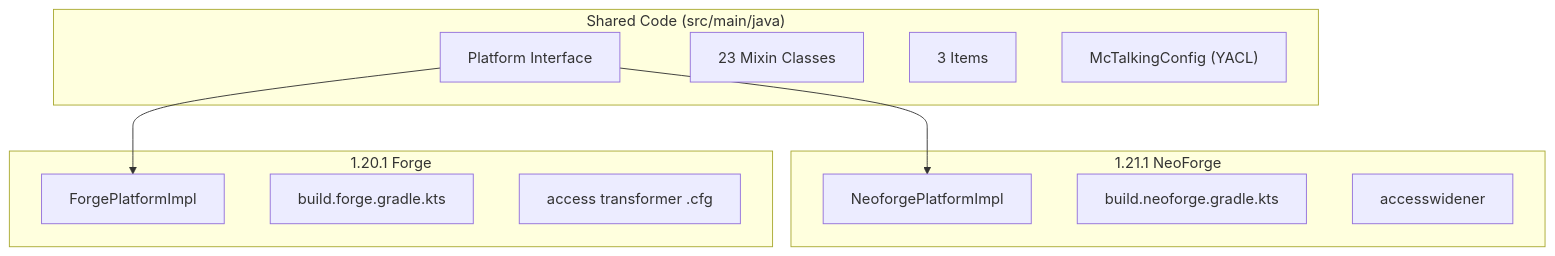
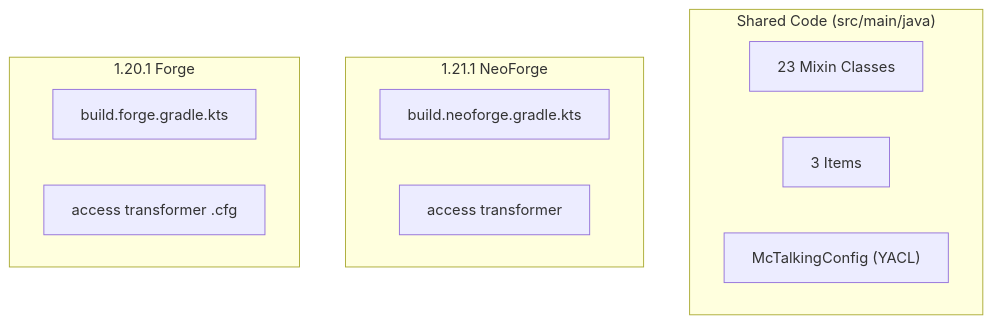
The second of 2 diagrams in docs/architecture/index.md (sshcrack/talking-colonists), drawn with Mermaid before and after one commit. The commit also changed other lines of this file and 21 other files, not shown here.

First line of the commit message:
docs: remove platform interface references, fix tool counts, clean up diagrams

````diff
--- a/docs/architecture/index.md
+++ b/docs/architecture/index.md
@@ -45,24 +45,18 @@
 ```mermaid
 flowchart TD
  subgraph Shared["Shared Code (src/main/java)"]
- Platform["Platform Interface"]
- Mixins["23 Mixin Classes"]
- Items["3 Items"]
- Config["McTalkingConfig (YACL)"]
+  Mixins["23 Mixin Classes"]
+  Items["3 Items"]
+  Config["McTalkingConfig (YACL)"]
  end
 
  subgraph NeoForge["1.21.1 NeoForge"]
- NFImpl["NeoforgePlatformImpl"]
- NFBuild["build.neoforge.gradle.kts"]
- NFAW["accesswidener"]
+  NFBuild["build.neoforge.gradle.kts"]
+   NFAW["access transformer"]
  end
 
  subgraph Forge["1.20.1 Forge"]
- FImpl["ForgePlatformImpl"]
- FBuild["build.forge.gradle.kts"]
- FCFG["access transformer .cfg"]
+  FBuild["build.forge.gradle.kts"]
+  FCFG["access transformer .cfg"]
  end
-
- Platform --> NFImpl
- Platform --> FImpl
 ```
````
